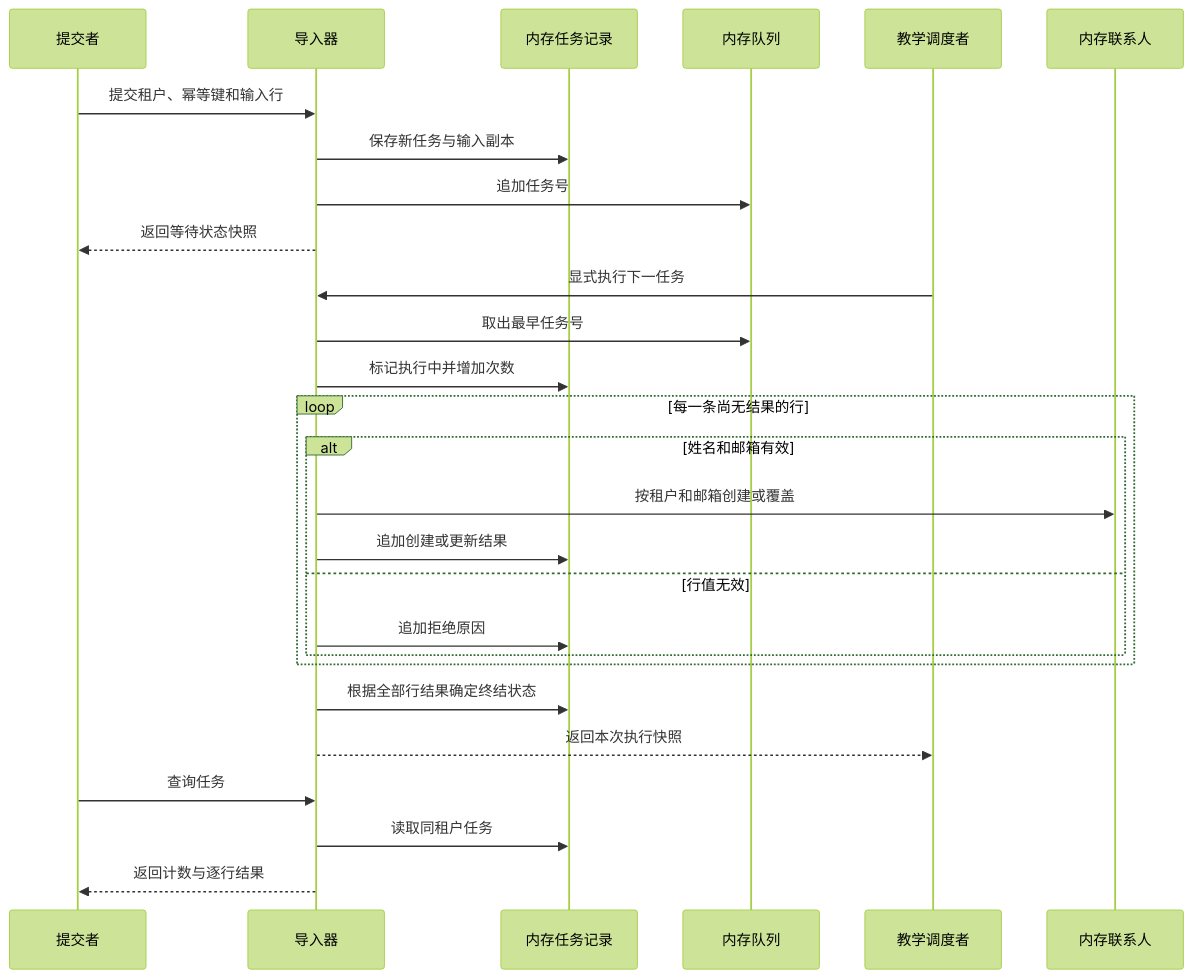
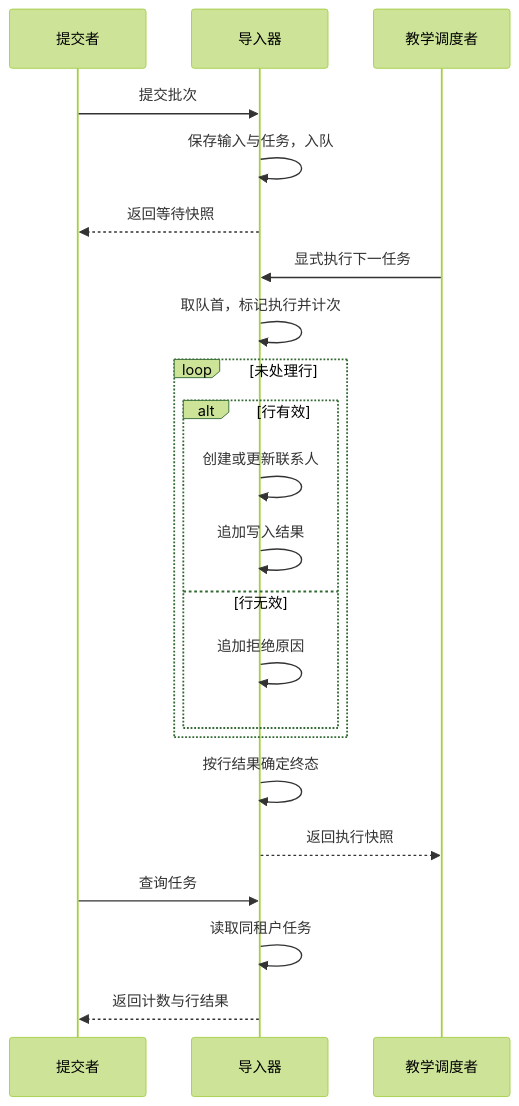
One commit to tencentmusic/modus changed the diagram in tests/fixtures/authoring/async-import/modus/knowledge/domain/contact-import/references/downstream.md. Above: the diagram before and after it, drawn with Mermaid (forest theme). The commit also changed other lines of this file and 52 other files, not shown here.

````diff
--- a/tests/fixtures/authoring/async-import/modus/knowledge/domain/contact-import/references/downstream.md
+++ b/tests/fixtures/authoring/async-import/modus/knowledge/domain/contact-import/references/downstream.md
@@ -29,29 +29,24 @@
 ```mermaid
 sequenceDiagram
     participant U as 提交者
     participant I as 导入器
-    participant J as 内存任务记录
-    participant Q as 内存队列
     participant W as 教学调度者
-    participant C as 内存联系人
-    U->>I: 提交租户、幂等键和输入行
-    I->>J: 保存新任务与输入副本
-    I->>Q: 追加任务号
-    I-->>U: 返回等待状态快照
+    U->>I: 提交批次
+    I->>I: 保存输入与任务，入队
+    I-->>U: 返回等待快照
     W->>I: 显式执行下一任务
-    I->>Q: 取出最早任务号
-    I->>J: 标记执行中并增加次数
-    loop 每一条尚无结果的行
-        alt 姓名和邮箱有效
-            I->>C: 按租户和邮箱创建或覆盖
-            I->>J: 追加创建或更新结果
-        else 行值无效
-            I->>J: 追加拒绝原因
+    I->>I: 取队首，标记执行并计次
+    loop 未处理行
+        alt 行有效
+            I->>I: 创建或更新联系人
+            I->>I: 追加写入结果
+        else 行无效
+            I->>I: 追加拒绝原因
         end
     end
-    I->>J: 根据全部行结果确定终结状态
-    I-->>W: 返回本次执行快照
+    I->>I: 按行结果确定终态
+    I-->>W: 返回执行快照
     U->>I: 查询任务
-    I->>J: 读取同租户任务
-    I-->>U: 返回计数与逐行结果
+    I->>I: 读取同租户任务
+    I-->>U: 返回计数与行结果
 ```
````
